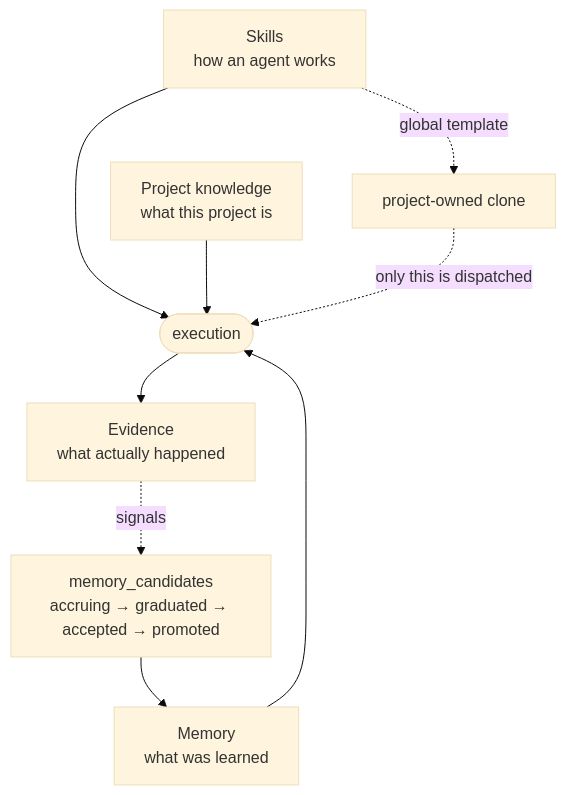
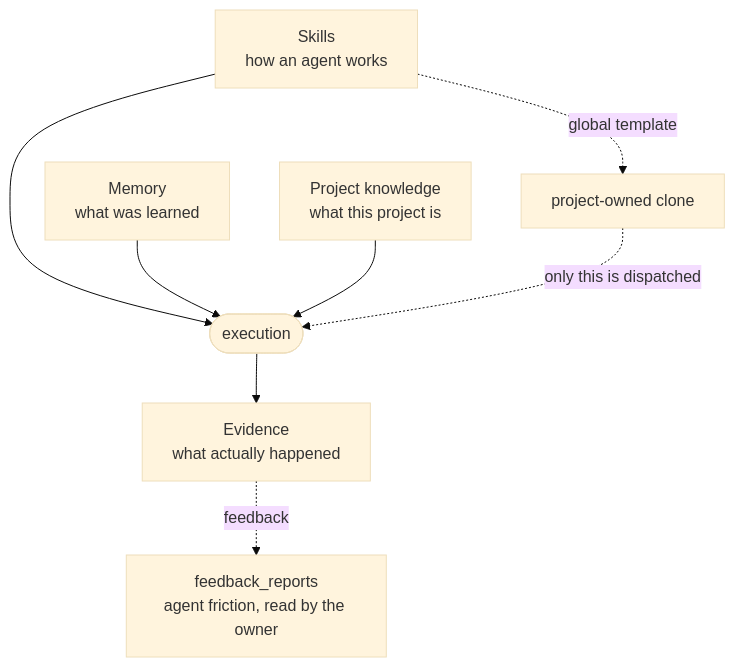
One commit to SidCorp-co/forge changed the diagram in docs/modules/knowledge-memory-skills/README.md. Above: the diagram before and after it, drawn with Mermaid (base theme). The commit also changed other lines of this file and 32 other files, not shown here.

````diff
--- a/docs/modules/knowledge-memory-skills/README.md
+++ b/docs/modules/knowledge-memory-skills/README.md
@@ -6,10 +6,9 @@
 ```mermaid
 flowchart TB
   SK[Skills<br/>how an agent works] --> EXEC([execution])
   MEM[Memory<br/>what was learned] --> EXEC
   KN[Project knowledge<br/>what this project is] --> EXEC
   EXEC --> EV[Evidence<br/>what actually happened]
-  EV -.signals.-> CAND[memory_candidates<br/>accruing → graduated → accepted → promoted]
-  CAND --> MEM
+  EV -.feedback.-> FB[feedback_reports<br/>agent friction, read by the owner]
   SK -.global template.-> CLONE[project-owned clone] -.only this is dispatched.-> EXEC
 ```
````
